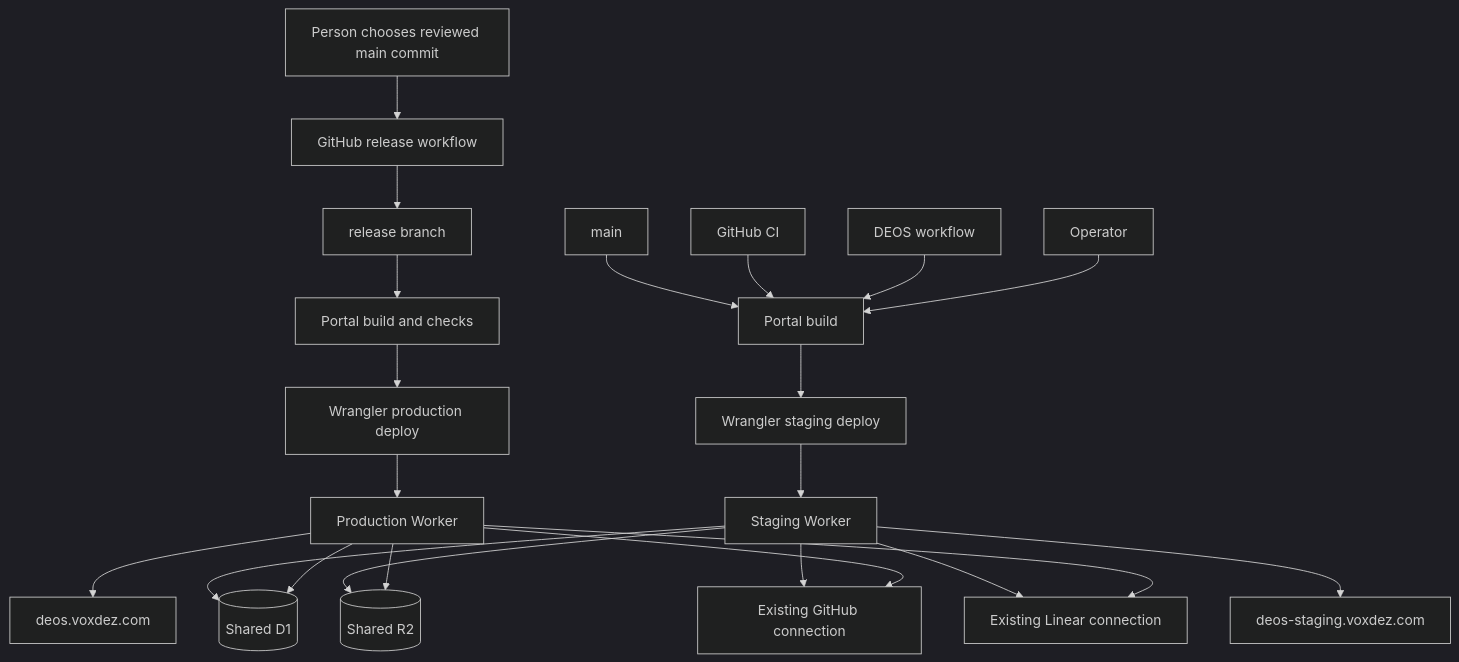
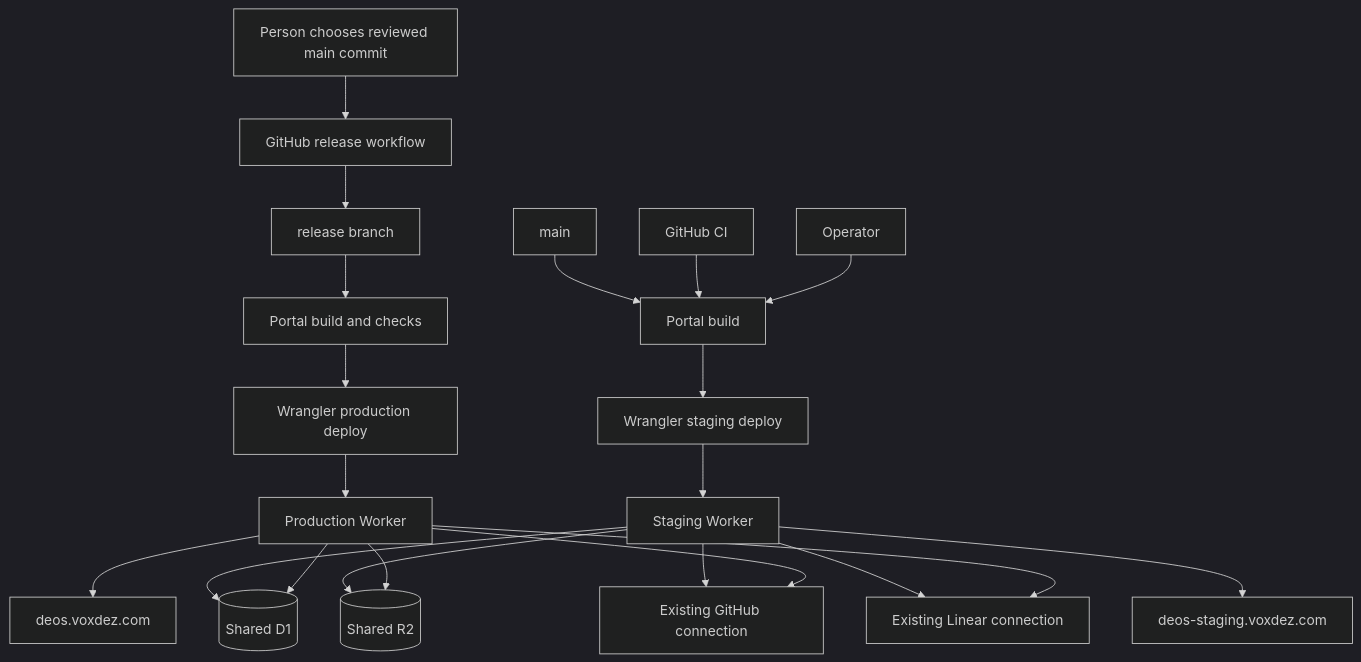
Before and after one commit to sachinkundu/deos: the diagram in openspec/changes/sac-155/design.md, drawn with Mermaid (dark theme). The commit also changed other lines of this file, not shown here.

Commit message:
DEOS planning manifest workflow:2a653831-c1ec-4db7-972a-d0d08ac0a3d8:19832025-7d65-4441-af89-00833fbb8348:run:1:system_action:publish_design_response:github.publish_design_candidate:04cb07adb55fa0942b56b13b77a8a15c8aa878b59ce3ccb314fc8d29cb9ae302:44

````diff
--- a/openspec/changes/sac-155/design.md
+++ b/openspec/changes/sac-155/design.md
@@ -17,26 +17,25 @@
 ```mermaid
 flowchart TB
     M[main] --> SB[Portal build]
     CI[GitHub CI] --> SB
-    DW[DEOS workflow] --> SB
     OP[Operator] --> SB
     SB --> SD[Wrangler staging deploy]
     SD --> SW[Staging Worker]
     SW --> SH[deos-staging.voxdez.com]
 
     H[Person chooses reviewed main commit] --> RW[GitHub release workflow]
     RW --> RB[release branch]
     RB --> PB[Portal build and checks]
     PB --> PD[Wrangler production deploy]
     PD --> PW[Production Worker]
     PW --> PH[deos.voxdez.com]
 
     SW --> D1[(Shared D1)]
     PW --> D1
     SW --> R2[(Shared R2)]
     PW --> R2
     SW --> GH[Existing GitHub connection]
     PW --> GH
     SW --> LI[Existing Linear connection]
     PW --> LI
 ```
````
